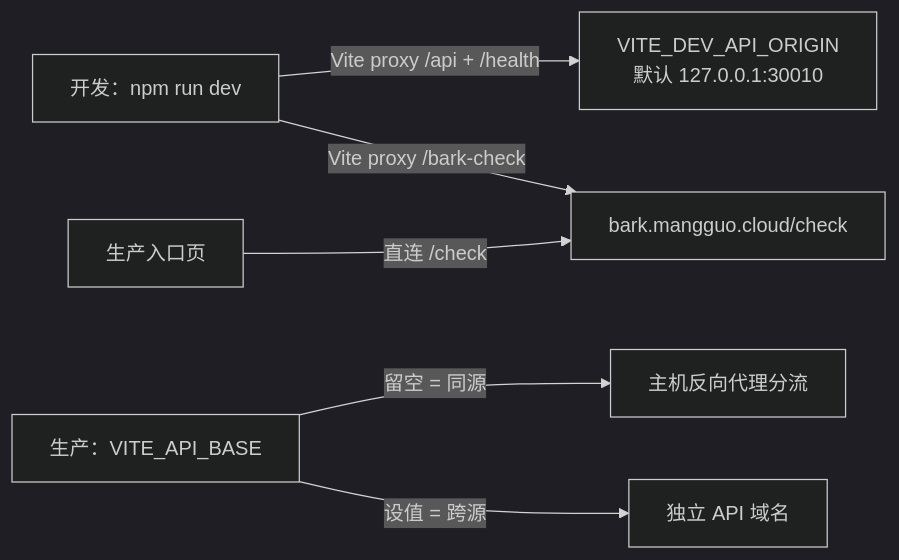
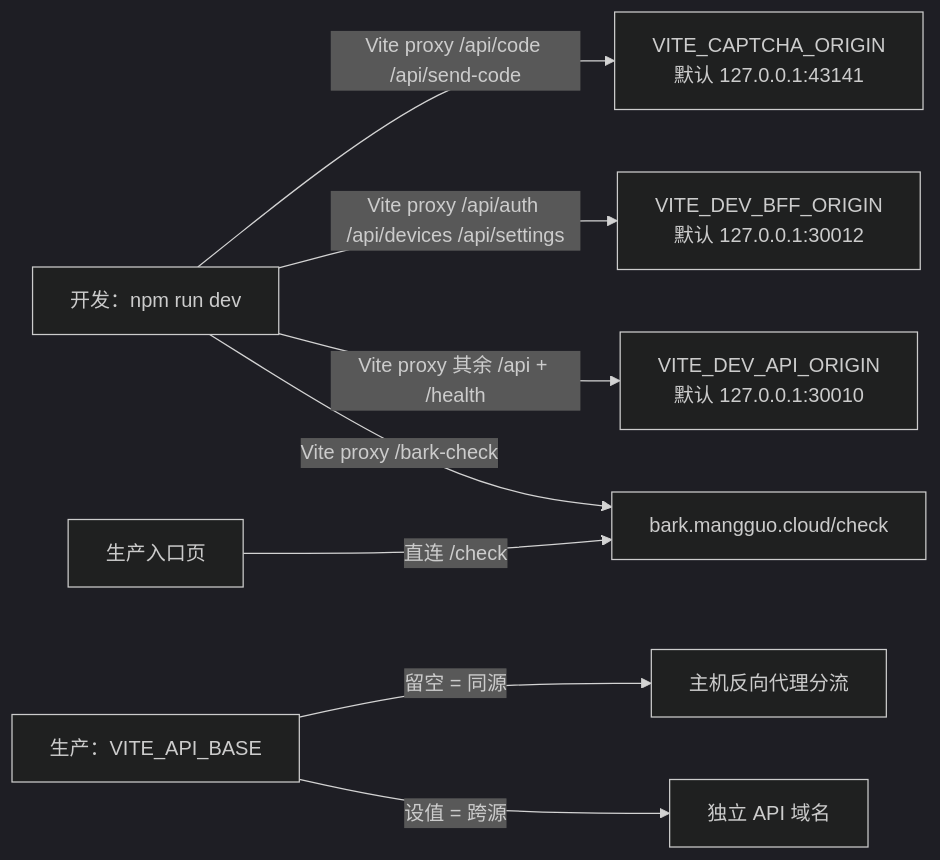
The seventh of 8 diagrams in docs/architecture.md (luyi2008/disaster-alert-web), drawn with Mermaid (dark theme) before and after one commit. The commit also changed other lines of this file and 18 other files, not shown here.

````diff
--- a/docs/architecture.md
+++ b/docs/architecture.md
@@ -303,8 +309,10 @@
 ```mermaid
 graph LR
-    Dev["开发：npm run dev"] -->|"Vite proxy /api + /health"| DevAPI["VITE_DEV_API_ORIGIN<br/>默认 127.0.0.1:30010"]
+    Dev["开发：npm run dev"] -->|"Vite proxy /api/code /api/send-code"| DevCaptcha["VITE_CAPTCHA_ORIGIN<br/>默认 127.0.0.1:43141"]
+    Dev -->|"Vite proxy /api/auth /api/devices /api/settings"| DevBFF["VITE_DEV_BFF_ORIGIN<br/>默认 127.0.0.1:30012"]
+    Dev -->|"Vite proxy 其余 /api + /health"| DevAPI["VITE_DEV_API_ORIGIN<br/>默认 127.0.0.1:30010"]
     Dev -->|"Vite proxy /bark-check"| BarkCheck["bark.mangguo.cloud/check"]
     Prod["生产：VITE_API_BASE"] -->|"留空 = 同源"| Reverse["主机反向代理分流"]
     Prod -->|"设值 = 跨源"| Cross["独立 API 域名"]
     ProdEntry["生产入口页"] -->|"直连 /check"| BarkCheck
 ```
````
